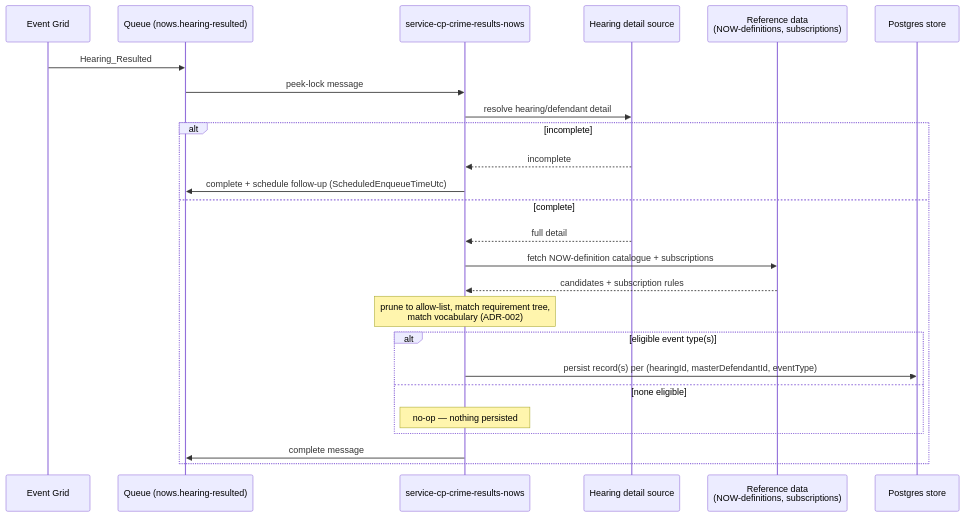
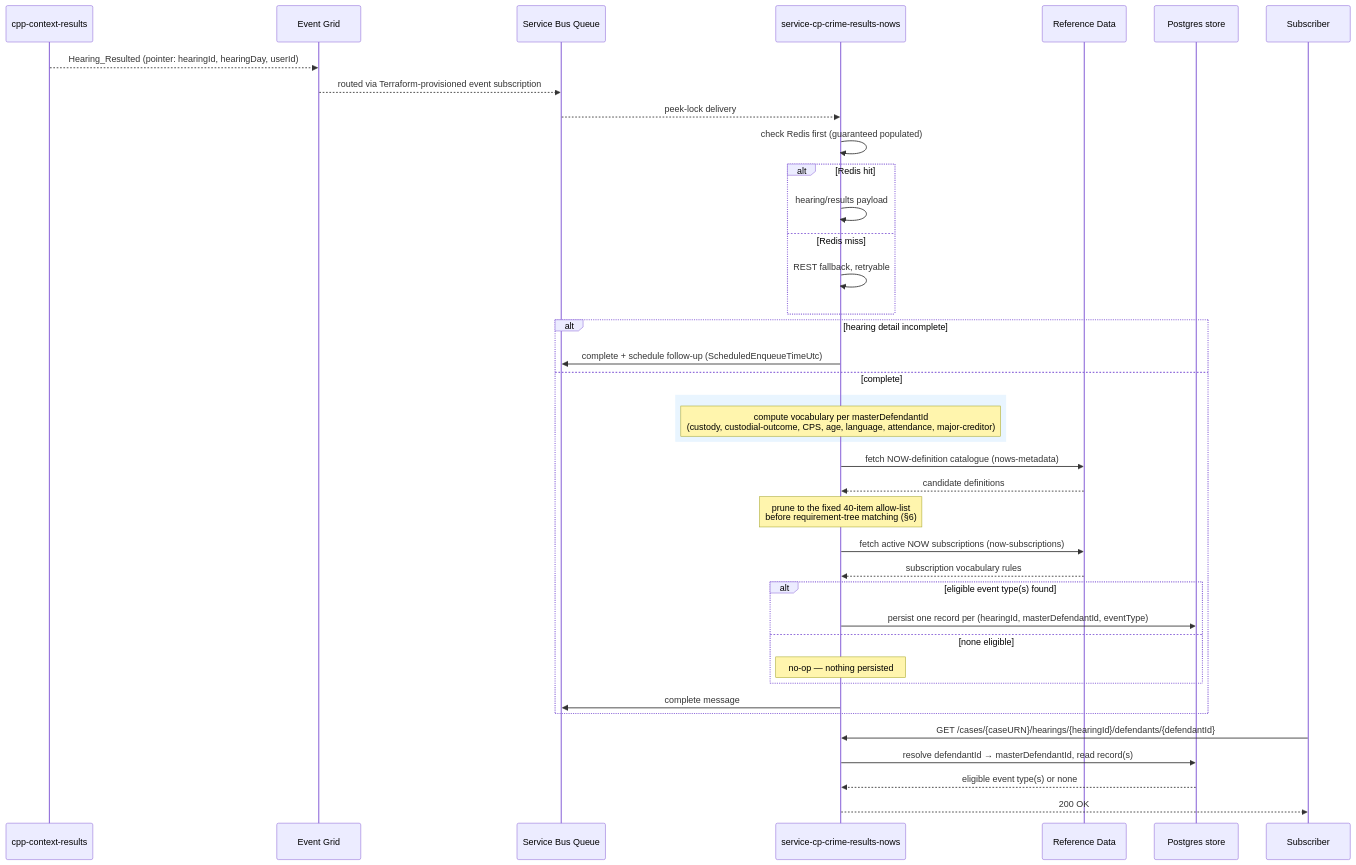
One commit to hmcts/service-cp-crime-results-nows changed the second of 3 diagrams in docs/designs/2026-08-28-nows-api-marketplace-design.md. Above: the diagram before and after it, drawn with Mermaid. The commit also changed other lines of this file, not shown here.

First line of the commit message:
docs(design): expand NOWs design to full architecture depth

````diff
--- a/docs/designs/2026-08-28-nows-api-marketplace-design.md
+++ b/docs/designs/2026-08-28-nows-api-marketplace-design.md
@@ -28,28 +72,45 @@
 ```mermaid
 sequenceDiagram
-    participant EG as Event Grid
-    participant Q as Queue (nows.hearing-resulted)
-    participant C as service-cp-crime-results-nows
-    participant HD as Hearing detail source
-    participant RD as Reference data<br/>(NOW-definitions, subscriptions)
-    participant DB as Postgres store
+    participant Results as cpp-context-results
+    participant Grid as Event Grid
+    participant Queue as Service Bus Queue
+    participant NOWS as service-cp-crime-results-nows
+    participant RefData as Reference Data
+    participant Store as Postgres store
+    participant Sub as Subscriber
 
-    EG->>Q: Hearing_Resulted
-    Q->>C: peek-lock message
-    C->>HD: resolve hearing/defendant detail
-    alt incomplete
-        HD-->>C: incomplete
-        C->>Q: complete + schedule follow-up (ScheduledEnqueueTimeUtc)
+    Results-->>Grid: Hearing_Resulted (pointer: hearingId, hearingDay, userId)
+    Grid-->>Queue: routed via Terraform-provisioned event subscription
+    Queue-->>NOWS: peek-lock delivery
+
+    NOWS->>NOWS: check Redis first (guaranteed populated)
+    alt Redis hit
+        NOWS->>NOWS: hearing/results payload
+    else Redis miss
+        NOWS->>NOWS: REST fallback, retryable
+    end
+
+    alt hearing detail incomplete
+        NOWS->>Queue: complete + schedule follow-up (ScheduledEnqueueTimeUtc)
     else complete
-        HD-->>C: full detail
-        C->>RD: fetch NOW-definition catalogue + subscriptions
-        RD-->>C: candidates + subscription rules
-        Note over C: prune to allow-list, match requirement tree,<br/>match vocabulary (ADR-002)
-        alt eligible event type(s)
-            C->>DB: persist record(s) per (hearingId, masterDefendantId, eventType)
+        rect rgba(200, 230, 255, 0.4)
+        Note over NOWS: compute vocabulary per masterDefendantId<br/>(custody, custodial-outcome, CPS, age, language, attendance, major-creditor)
+        end
+        NOWS->>RefData: fetch NOW-definition catalogue (nows-metadata)
+        RefData-->>NOWS: candidate definitions
+        Note over NOWS: prune to the fixed 40-item allow-list<br/>before requirement-tree matching (§6)
+        NOWS->>RefData: fetch active NOW subscriptions (now-subscriptions)
+        RefData-->>NOWS: subscription vocabulary rules
+        alt eligible event type(s) found
+            NOWS->>Store: persist one record per (hearingId, masterDefendantId, eventType)
         else none eligible
-            Note over C: no-op — nothing persisted
+            Note over NOWS: no-op — nothing persisted
         end
-        C->>Q: complete message
+        NOWS->>Queue: complete message
     end
+
+    Sub->>NOWS: GET /cases/{caseURN}/hearings/{hearingId}/defendants/{defendantId}
+    NOWS->>Store: resolve defendantId → masterDefendantId, read record(s)
+    Store-->>NOWS: eligible event type(s) or none
+    NOWS-->>Sub: 200 OK
 ```
````
